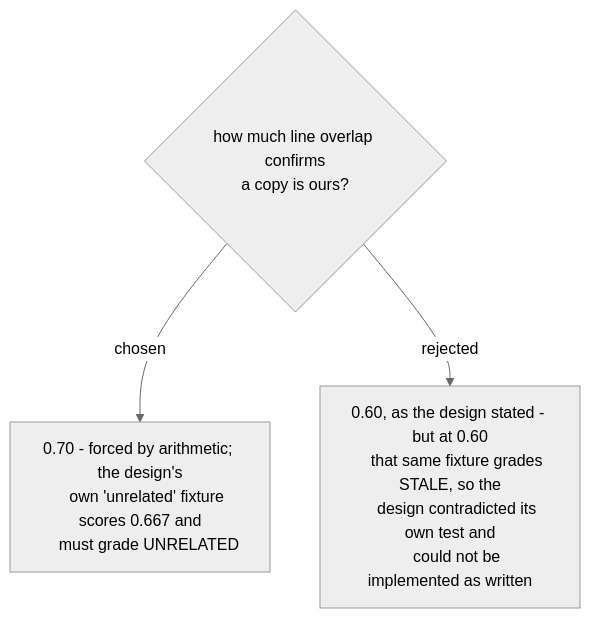
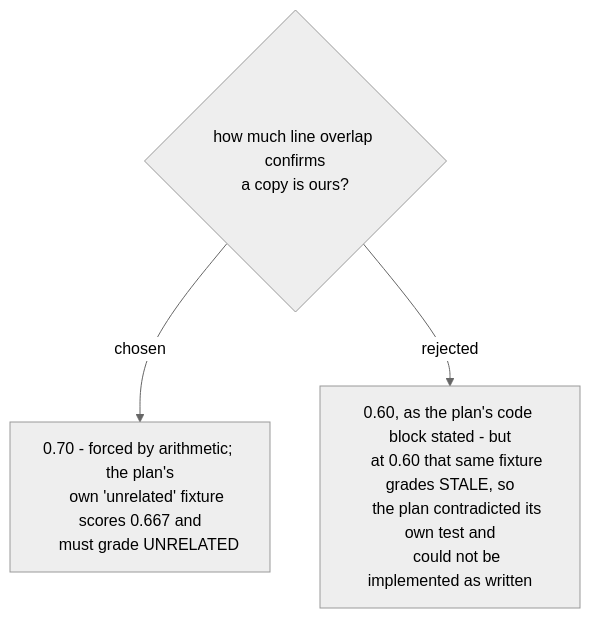
One commit to ThodsaphonSonthiphin/workflow-daily-work changed the diagram in docs/adr/workflow-daily-work-0114-the-provenance-threshold-is-seventy-percent.md. Above: the diagram before and after it, drawn with Mermaid (neutral theme). The commit also changed other lines of this file and 5 other files, not shown here.

````diff
--- a/docs/adr/workflow-daily-work-0114-the-provenance-threshold-is-seventy-percent.md
+++ b/docs/adr/workflow-daily-work-0114-the-provenance-threshold-is-seventy-percent.md
@@ -3,10 +3,10 @@
 ```mermaid
 flowchart TD
-    Q{how much line overlap confirms<br/>a copy is ours?} -->|chosen| A["0.70 - forced by arithmetic; the design's
+    Q{how much line overlap confirms<br/>a copy is ours?} -->|chosen| A["0.70 - forced by arithmetic; the plan's
     own 'unrelated' fixture scores 0.667 and
     must grade UNRELATED"]
-    Q -->|rejected| B["0.60, as the design stated - but at 0.60
-    that same fixture grades STALE, so the
-    design contradicted its own test and
+    Q -->|rejected| B["0.60, as the plan's code block stated - but
+    at 0.60 that same fixture grades STALE, so
+    the plan contradicted its own test and
     could not be implemented as written"]
 ```
````
